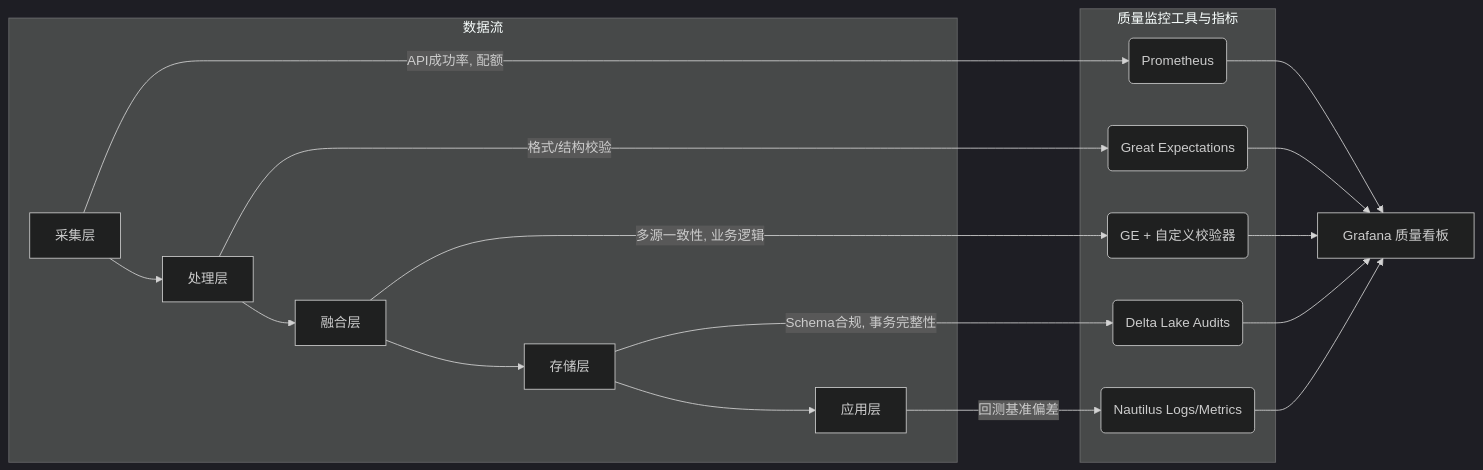
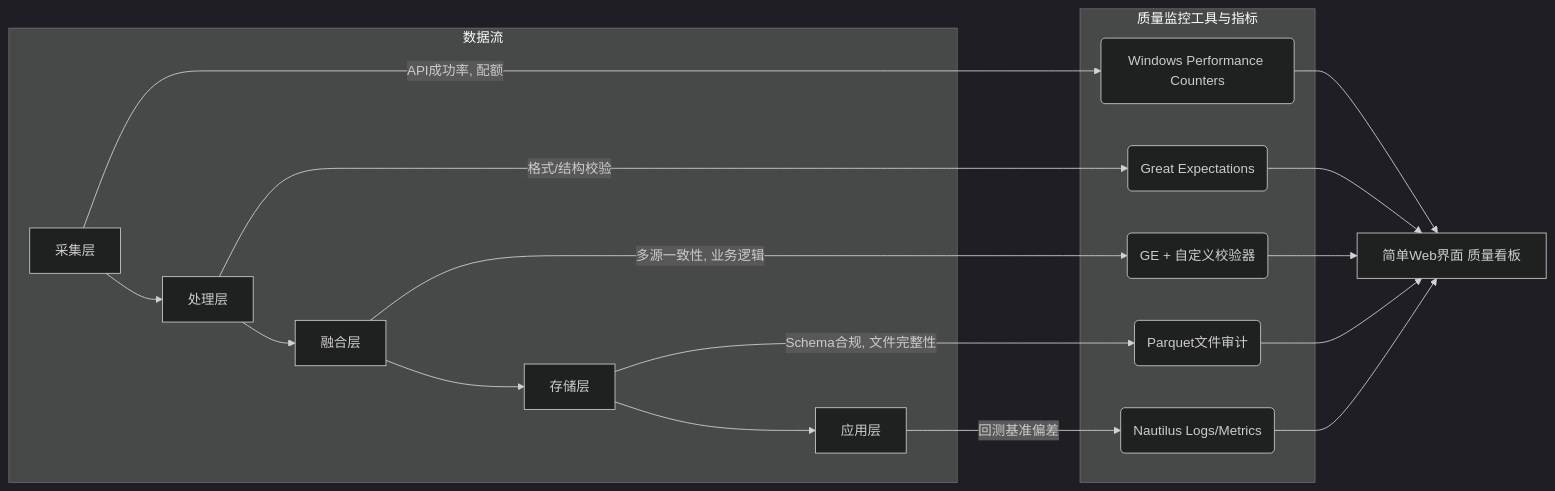
One commit to jiaenyue/project-argus-qmt-agent changed the second of 3 diagrams in argus-doc/data_governance_and_dictionary.md. Above: the diagram before and after it, drawn with Mermaid (dark theme). The commit also changed other lines of this file and 340 other files, not shown here.

````diff
--- a/argus-doc/data_governance_and_dictionary.md
+++ b/argus-doc/data_governance_and_dictionary.md
@@ -90,20 +90,20 @@
 ```mermaid
 graph LR
     subgraph "数据流"
         L0[采集层] --> L1[处理层] --> L2[融合层] --> L3[存储层] --> L4[应用层]
     end
 
     subgraph "质量监控工具与指标"
-        L0 -- "API成功率, 配额" --> M1(Prometheus)
+        L0 -- "API成功率, 配额" --> M1(Windows Performance Counters)
         L1 -- "格式/结构校验" --> M2(Great Expectations)
         L2 -- "多源一致性, 业务逻辑" --> M3("GE + 自定义校验器")
-        L3 -- "Schema合规, 事务完整性" --> M4(Delta Lake Audits)
+        L3 -- "Schema合规, 文件完整性" --> M4(Parquet文件审计)
         L4 -- "回测基准偏差" --> M5("Nautilus Logs/Metrics")
     end
 
-    M1 --> VIZ[Grafana 质量看板]
+    M1 --> VIZ[简单Web界面 质量看板]
     M2 --> VIZ
     M3 --> VIZ
     M4 --> VIZ
     M5 --> VIZ
 ```
````
